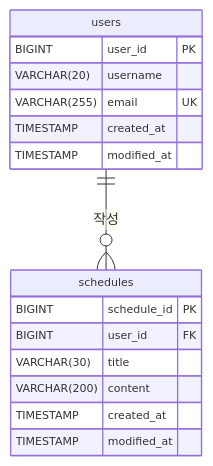
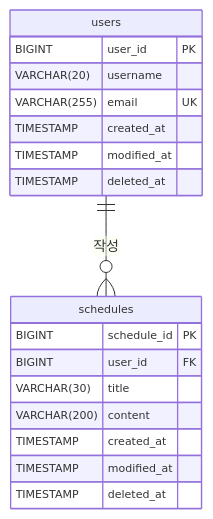
The diagram in README.md (euneuneun/schedule-project-2), drawn with Mermaid before and after one commit. The commit also changed other lines of this file, not shown here.

````diff
--- a/README.md
+++ b/README.md
@@ -505,22 +510,24 @@
 ```mermaid
 %%{init: {"er": {"layoutDirection": "LR", "useMaxWidth": false, "diagramPadding": 8, "entityPadding": 8, "minEntityWidth": 60, "minEntityHeight": 40, "fontSize": 11}, "themeVariables": {"fontSize": "11px"}}}%%
 erDiagram
     users ||--o{ schedules : "작성"
 
     users {
         BIGINT user_id PK
         VARCHAR(20) username
         VARCHAR(255) email UK
         TIMESTAMP created_at
         TIMESTAMP modified_at
+        TIMESTAMP deleted_at
     }
 
     schedules {
         BIGINT schedule_id PK
         BIGINT user_id FK
         VARCHAR(30) title
         VARCHAR(200) content
         TIMESTAMP created_at
         TIMESTAMP modified_at
+        TIMESTAMP deleted_at
     }
 ```
````
